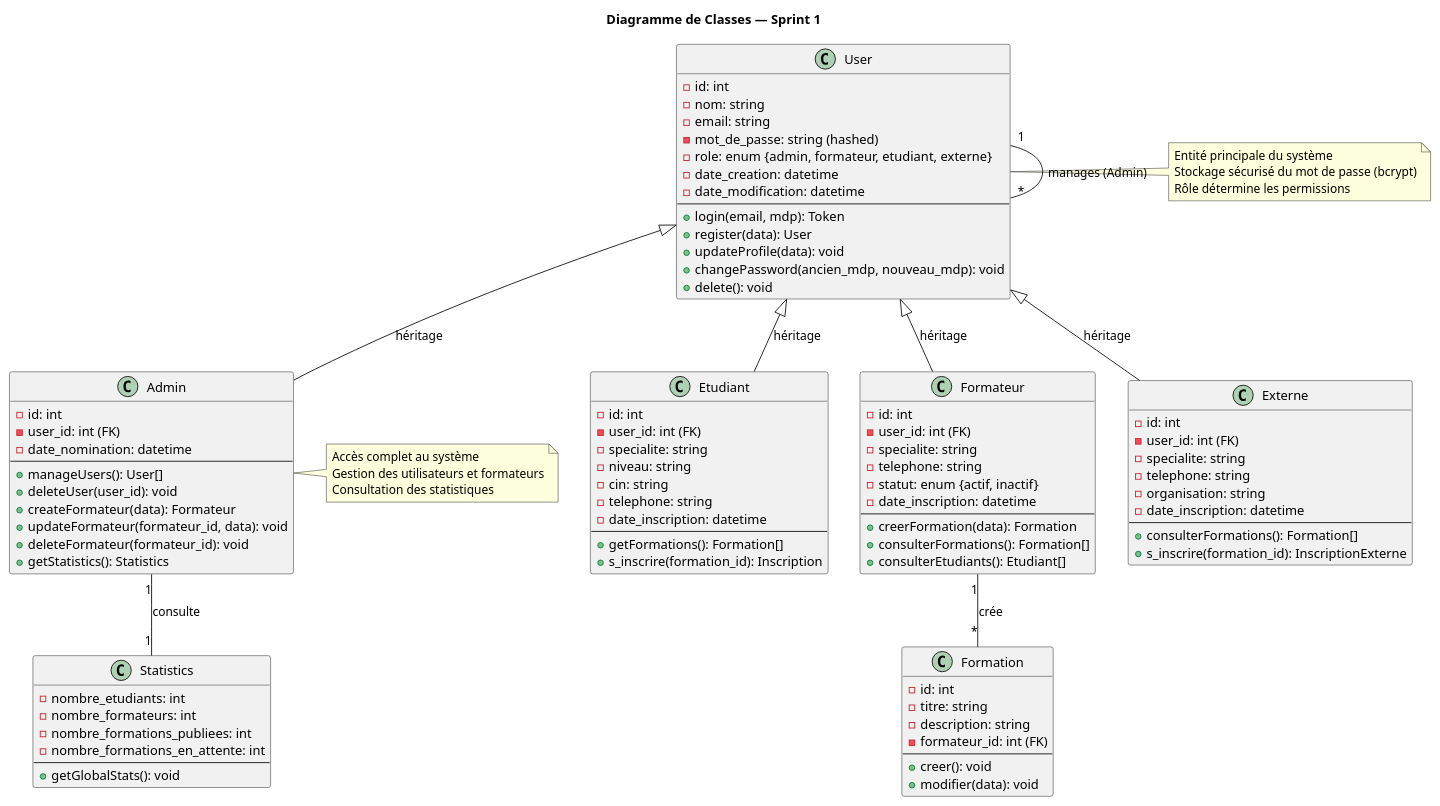
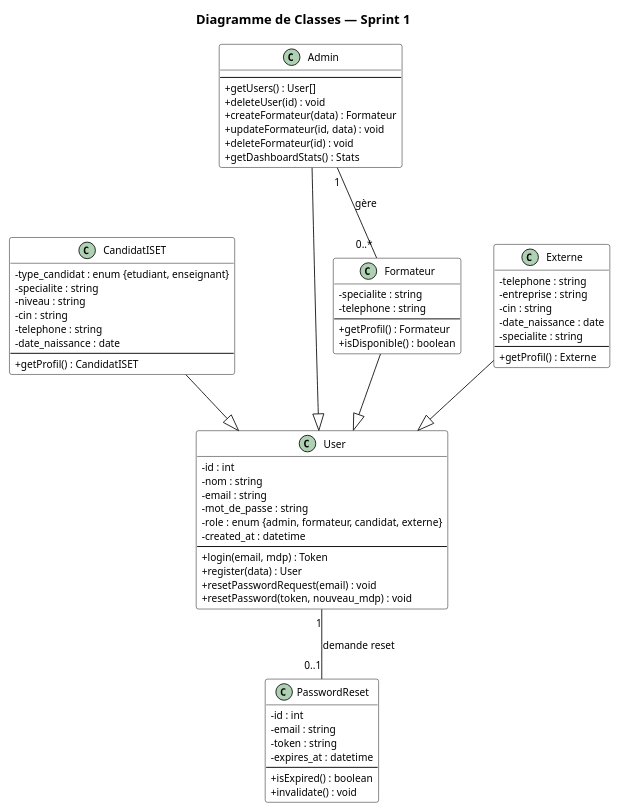
Before and after one commit to samiaaamara/projet_pfe: the diagram in Diagrammes_PlantUML/Sprint1_8_Classes.puml, drawn with PlantUML. The commit also changed 172 other files, not shown here.

```diff
--- a/Diagrammes_PlantUML/Sprint1_8_Classes.puml
+++ b/Diagrammes_PlantUML/Sprint1_8_Classes.puml
@@ -1,111 +1,84 @@
 @startuml Sprint1_Classes
 title Diagramme de Classes — Sprint 1
 
+skinparam defaultFontName Arial
+skinparam defaultFontSize 11
+skinparam backgroundColor White
+skinparam classBackgroundColor White
+skinparam classBorderColor Black
+skinparam classAttributeFontColor Black
+skinparam classFontColor Black
+skinparam classAttributeIconSize 0
+
 class User {
-    - id: int
-    - nom: string
-    - email: string
-    - mot_de_passe: string (hashed)
-    - role: enum {admin, formateur, etudiant, externe}
-    - date_creation: datetime
-    - date_modification: datetime
+    - id : int
+    - nom : string
+    - email : string
+    - mot_de_passe : string
+    - role : enum {admin, formateur, candidat, externe}
+    - created_at : datetime
     --
-    + login(email, mdp): Token
-    + register(data): User
-    + updateProfile(data): void
-    + changePassword(ancien_mdp, nouveau_mdp): void
-    + delete(): void
+    + login(email, mdp) : Token
+    + register(data) : User
+    + resetPasswordRequest(email) : void
+    + resetPassword(token, nouveau_mdp) : void
 }
 
-class Etudiant {
-    - id: int
-    - user_id: int (FK)
-    - specialite: string
-    - niveau: string
-    - cin: string
-    - telephone: string
-    - date_inscription: datetime
+class CandidatISET {
+    - type_candidat : enum {etudiant, enseignant}
+    - specialite : string
+    - niveau : string
+    - cin : string
+    - telephone : string
+    - date_naissance : date
     --
-    + getFormations(): Formation[]
-    + s_inscrire(formation_id): Inscription
+    + getProfil() : CandidatISET
 }
 
 class Formateur {
-    - id: int
-    - user_id: int (FK)
-    - specialite: string
-    - telephone: string
-    - statut: enum {actif, inactif}
-    - date_inscription: datetime
+    - specialite : string
+    - telephone : string
     --
-    + creerFormation(data): Formation
-    + consulterFormations(): Formation[]
-    + consulterEtudiants(): Etudiant[]
+    + getProfil() : Formateur
+    + isDisponible() : boolean
 }
 
 class Externe {
-    - id: int
-    - user_id: int (FK)
-    - specialite: string
-    - telephone: string
-    - organisation: string
-    - date_inscription: datetime
+    - telephone : string
+    - entreprise : string
+    - cin : string
+    - date_naissance : date
+    - specialite : string
     --
-    + consulterFormations(): Formation[]
-    + s_inscrire(formation_id): InscriptionExterne
+    + getProfil() : Externe
 }
 
 class Admin {
-    - id: int
-    - user_id: int (FK)
-    - date_nomination: datetime
     --
-    + manageUsers(): User[]
-    + deleteUser(user_id): void
-    + createFormateur(data): Formateur
-    + updateFormateur(formateur_id, data): void
-    + deleteFormateur(formateur_id): void
-    + getStatistics(): Statistics
+    + getUsers() : User[]
+    + deleteUser(id) : void
+    + createFormateur(data) : Formateur
+    + updateFormateur(id, data) : void
+    + deleteFormateur(id) : void
+    + getDashboardStats() : Stats
 }
 
-class Formation {
-    - id: int
-    - titre: string
-    - description: string
-    - formateur_id: int (FK)
+class PasswordReset {
+    - id : int
+    - email : string
+    - token : string
+    - expires_at : datetime
     --
-    + creer(): void
-    + modifier(data): void
+    + isExpired() : boolean
+    + invalidate() : void
 }
 
-class Statistics {
-    - nombre_etudiants: int
-    - nombre_formateurs: int
-    - nombre_formations_publiees: int
-    - nombre_formations_en_attente: int
-    --
-    + getGlobalStats(): void
-}
+CandidatISET --|> User
+Formateur    --|> User
+Externe      --|> User
+Admin        --|> User
 
-User <|-- Etudiant : héritage
-User <|-- Formateur : héritage
-User <|-- Externe : héritage
-User <|-- Admin : héritage
-
-User "1" -- "*" User : manages (Admin)
-Formateur "1" -- "*" Formation : crée
-Admin "1" -- "1" Statistics : consulte
-
-note right of User
-    Entité principale du système
-    Stockage sécurisé du mot de passe (bcrypt)
-    Rôle détermine les permissions
-end note
-
-note right of Admin
-    Accès complet au système
-    Gestion des utilisateurs et formateurs
-    Consultation des statistiques
-end note
+User "1" -- "0..1" PasswordReset : demande reset
+Admin "1" -- "0..*" Formateur : gère
 
 @enduml
```
